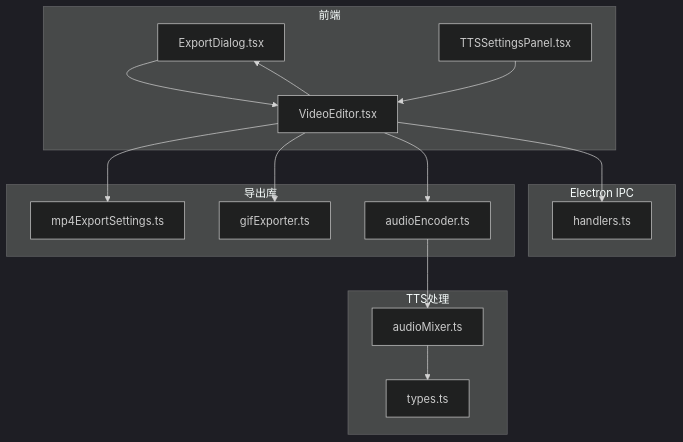
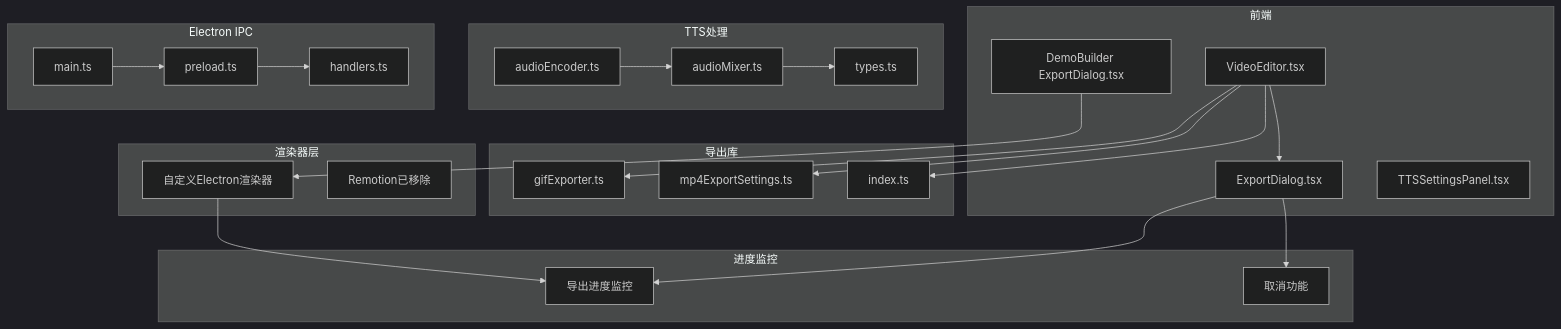
One commit to zhanggmin/openscreen changed the first of 7 diagrams in .qoder/repowiki/zh/content/导出系统/导出系统.md. Above: the diagram before and after it, drawn with Mermaid (dark theme). The commit also changed other lines of this file and 87 other files, not shown here.

````diff
--- a/.qoder/repowiki/zh/content/导出系统/导出系统.md
+++ b/.qoder/repowiki/zh/content/导出系统/导出系统.md
@@ -59,29 +69,44 @@
 ```mermaid
 graph TB
 subgraph "前端"
 ED["ExportDialog.tsx"]
 VE["VideoEditor.tsx"]
 TTS["TTSSettingsPanel.tsx"]
+DBED["DemoBuilder ExportDialog.tsx"]
 end
 subgraph "导出库"
 GEX["gifExporter.ts"]
 MPX["mp4ExportSettings.ts"]
-AEX["audioEncoder.ts"]
+IDX["index.ts"]
+end
+subgraph "渲染器层"
+CUSTOM["自定义Electron渲染器"]
+REMOTION["Remotion已移除"]
+end
+subgraph "进度监控"
+PROGRESS["导出进度监控"]
+CANCEL["取消功能"]
 end
 subgraph "TTS处理"
 AMX["audioMixer.ts"]
 TTS_TYPES["types.ts"]
+AENC["audioEncoder.ts"]
 end
 subgraph "Electron IPC"
-HND["handlers.ts"]
+MAIN["main.ts"]
+PRELOAD["preload.ts"]
+HANDLERS["handlers.ts"]
 end
 VE --> ED
 VE --> MPX
 VE --> GEX
-VE --> AEX
-VE --> HND
-ED --> VE
-TTS --> VE
-AEX --> AMX
+VE --> IDX
+ED --> PROGRESS
+ED --> CANCEL
+DBED --> CUSTOM
+CUSTOM --> PROGRESS
+AENC --> AMX
 AMX --> TTS_TYPES
+MAIN --> PRELOAD
+PRELOAD --> HANDLERS
 ```
````
